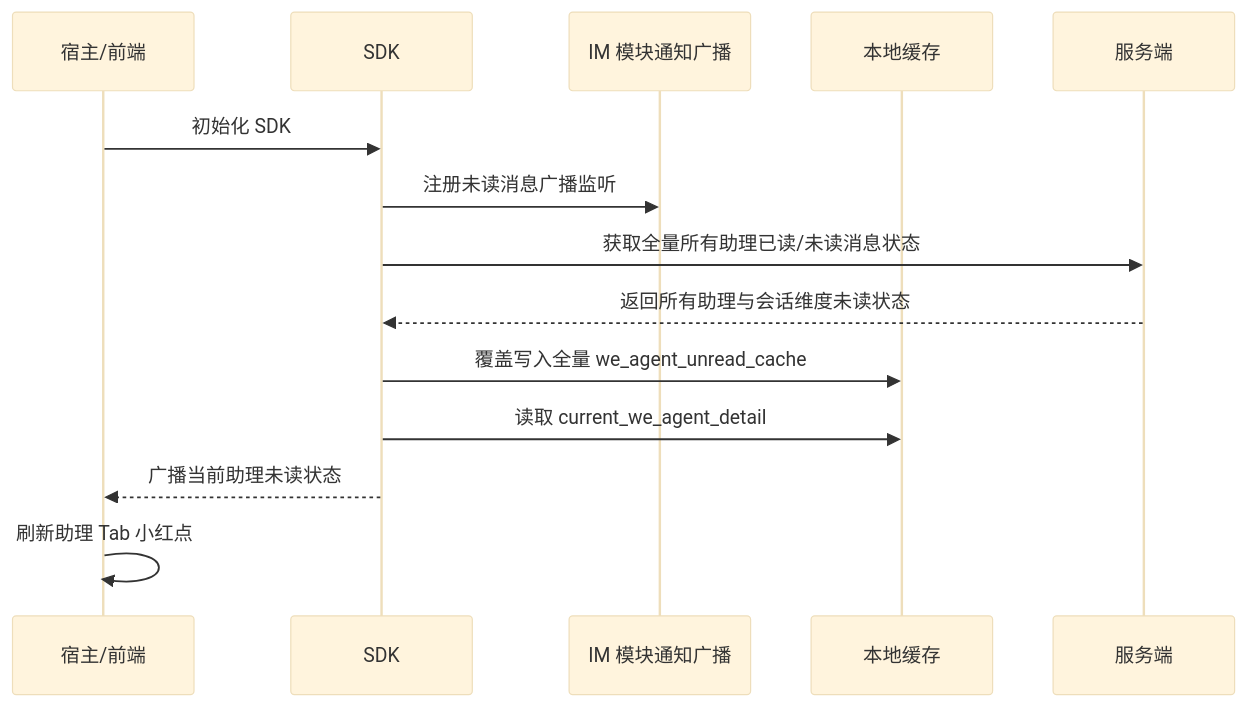
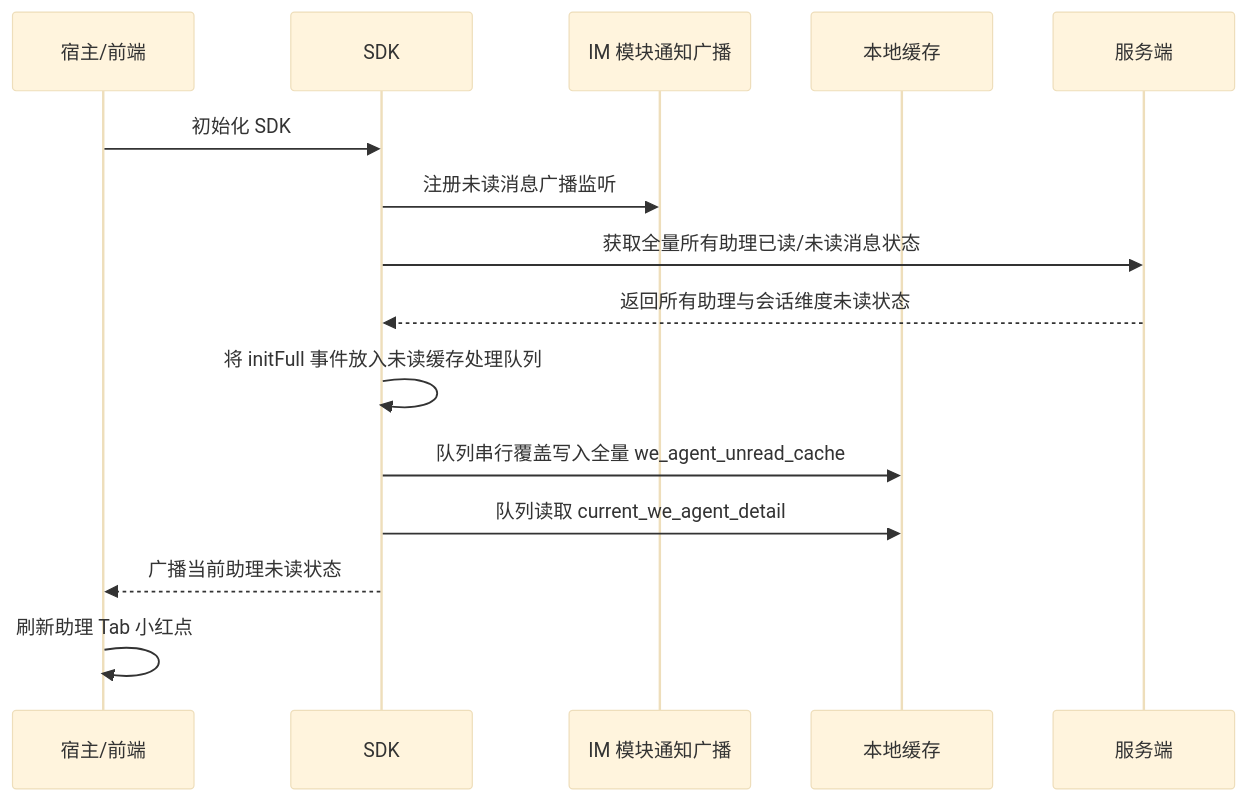
Before and after one commit to Abelsjcheng/skillSDK: the second of 6 diagrams in 2026-06-11-we-agent-tab-unread-red-dot-plan.md, drawn with Mermaid (base theme). The commit also changed other lines of this file, not shown here.

````diff
--- a/2026-06-11-we-agent-tab-unread-red-dot-plan.md
+++ b/2026-06-11-we-agent-tab-unread-red-dot-plan.md
@@ -88,17 +89,18 @@
 ```mermaid
 sequenceDiagram
     participant Host as 宿主/前端
     participant SDK as SDK
     participant IM as IM 模块通知广播
     participant Storage as 本地缓存
     participant Server as 服务端
 
     Host->>SDK: 初始化 SDK
     SDK->>IM: 注册未读消息广播监听
     SDK->>Server: 获取全量所有助理已读/未读消息状态
     Server-->>SDK: 返回所有助理与会话维度未读状态
-    SDK->>Storage: 覆盖写入全量 we_agent_unread_cache
-    SDK->>Storage: 读取 current_we_agent_detail
+    SDK->>SDK: 将 initFull 事件放入未读缓存处理队列
+    SDK->>Storage: 队列串行覆盖写入全量 we_agent_unread_cache
+    SDK->>Storage: 队列读取 current_we_agent_detail
     SDK-->>Host: 广播当前助理未读状态
     Host->>Host: 刷新助理 Tab 小红点
 ```
````
